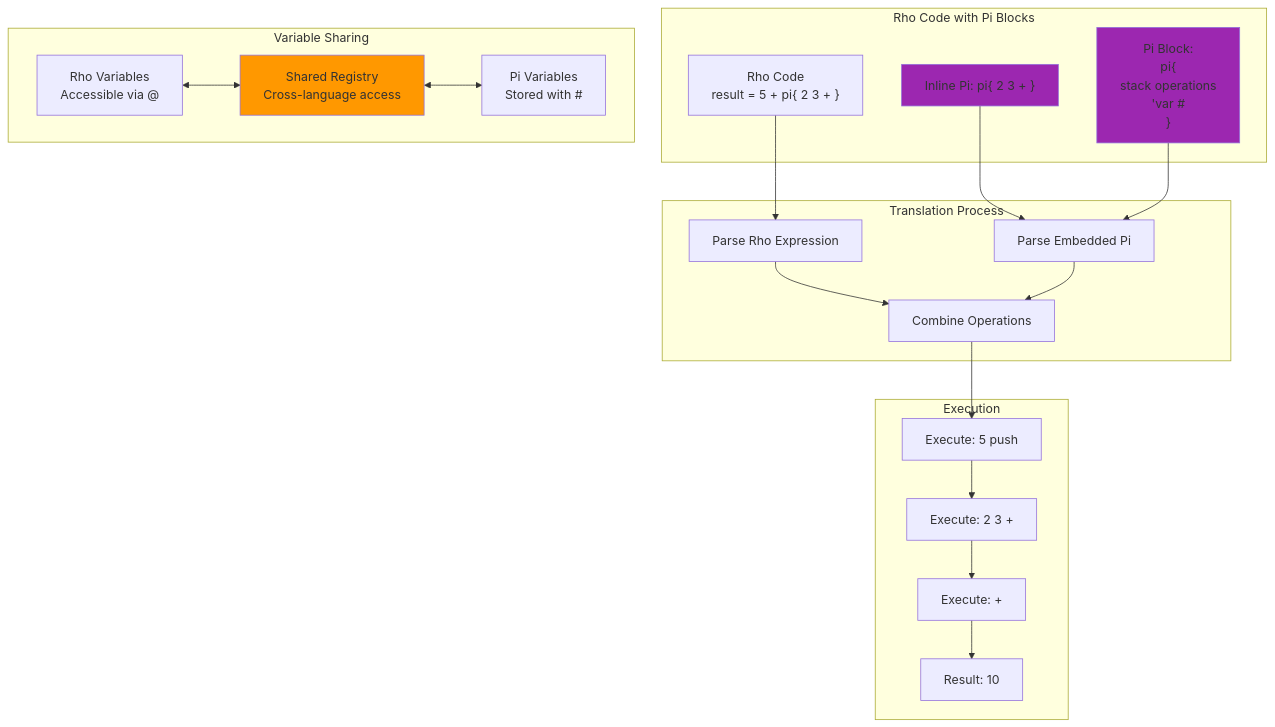
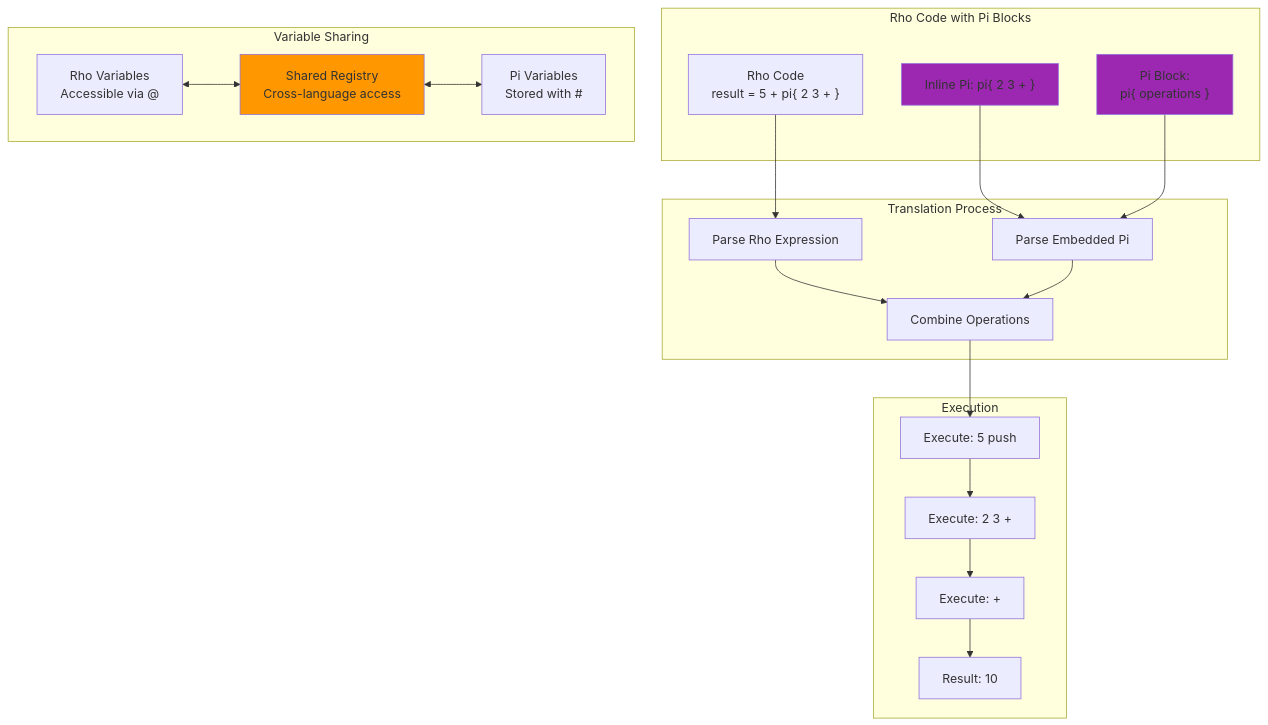
One commit to cschladetsch/CppKaiLanguage changed the second of 2 diagrams in Include/KAI/Language/Rho/README.md. Above: the diagram before and after it, drawn with Mermaid. The commit also changed other lines of this file and 1 other file, not shown here.

First line of the commit message:
Simplify Mermaid diagram content to fix parsing errors

````diff
--- a/Include/KAI/Language/Rho/README.md
+++ b/Include/KAI/Language/Rho/README.md
@@ -155,44 +155,44 @@
 ```mermaid
 graph TB
     subgraph "Rho Code with Pi Blocks"
         RHO_CODE["Rho Code<br/>result = 5 + pi{ 2 3 + }"]
         PI_INLINE["Inline Pi: pi{ 2 3 + }"]
-        PI_BLOCK["Pi Block:<br/>pi{<br/>  stack operations<br/>  'var #<br/>}"]
+        PI_BLOCK["Pi Block:<br/>pi{ operations }"]
     end
     
     subgraph "Translation Process"
         RHO_PARSE["Parse Rho Expression"]
         PI_PARSE["Parse Embedded Pi"]
         COMBINE["Combine Operations"]
     end
     
     subgraph "Execution"
         RHO_EXEC["Execute: 5 push"]
         PI_EXEC["Execute: 2 3 +"]
         FINAL_EXEC["Execute: +"]
         RESULT["Result: 10"]
     end
     
     subgraph "Variable Sharing"
         RHO_VAR["Rho Variables<br/>Accessible via @"]
         PI_VAR["Pi Variables<br/>Stored with #"]
         SHARED_REG["Shared Registry<br/>Cross-language access"]
     end
     
     RHO_CODE --> RHO_PARSE
     PI_INLINE --> PI_PARSE
     PI_BLOCK --> PI_PARSE
     
     RHO_PARSE --> COMBINE
     PI_PARSE --> COMBINE
     COMBINE --> RHO_EXEC
     RHO_EXEC --> PI_EXEC
     PI_EXEC --> FINAL_EXEC
     FINAL_EXEC --> RESULT
     
     RHO_VAR <--> SHARED_REG <--> PI_VAR
     
     style PI_INLINE fill:#9c27b0
     style PI_BLOCK fill:#9c27b0
     style SHARED_REG fill:#ff9800
 ```
````
